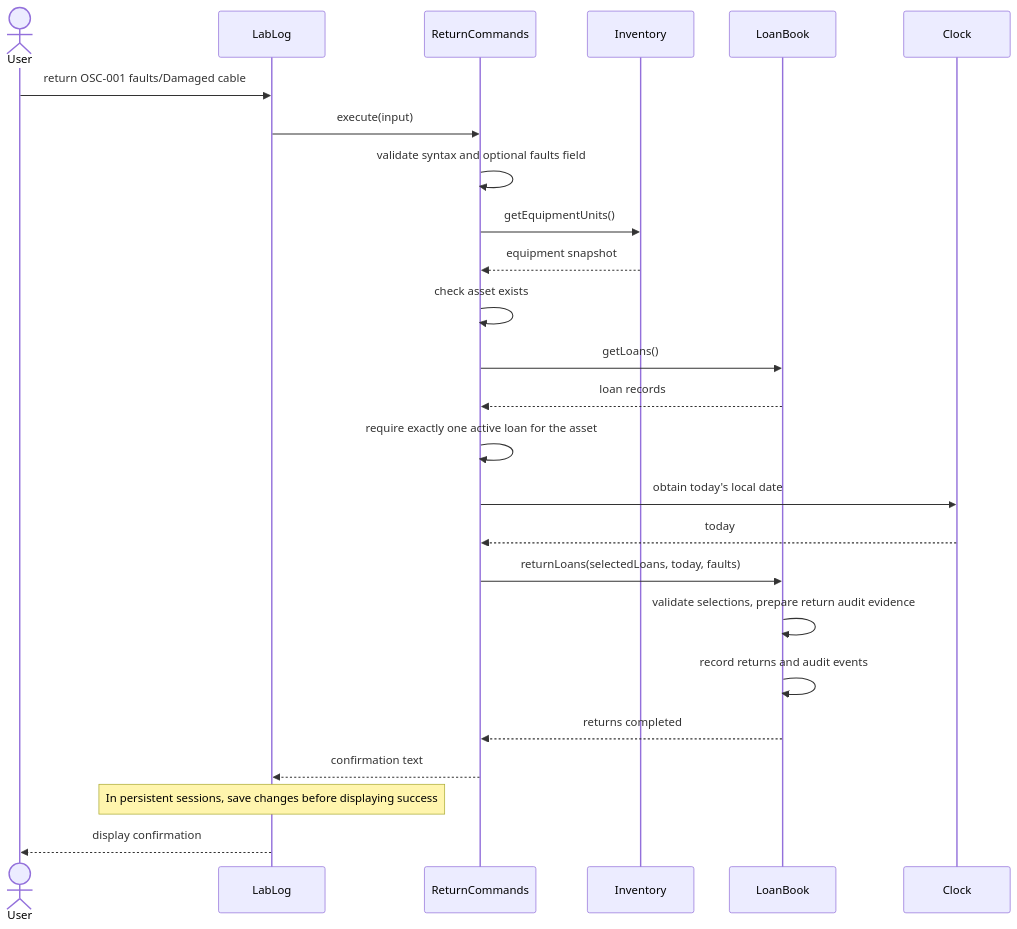
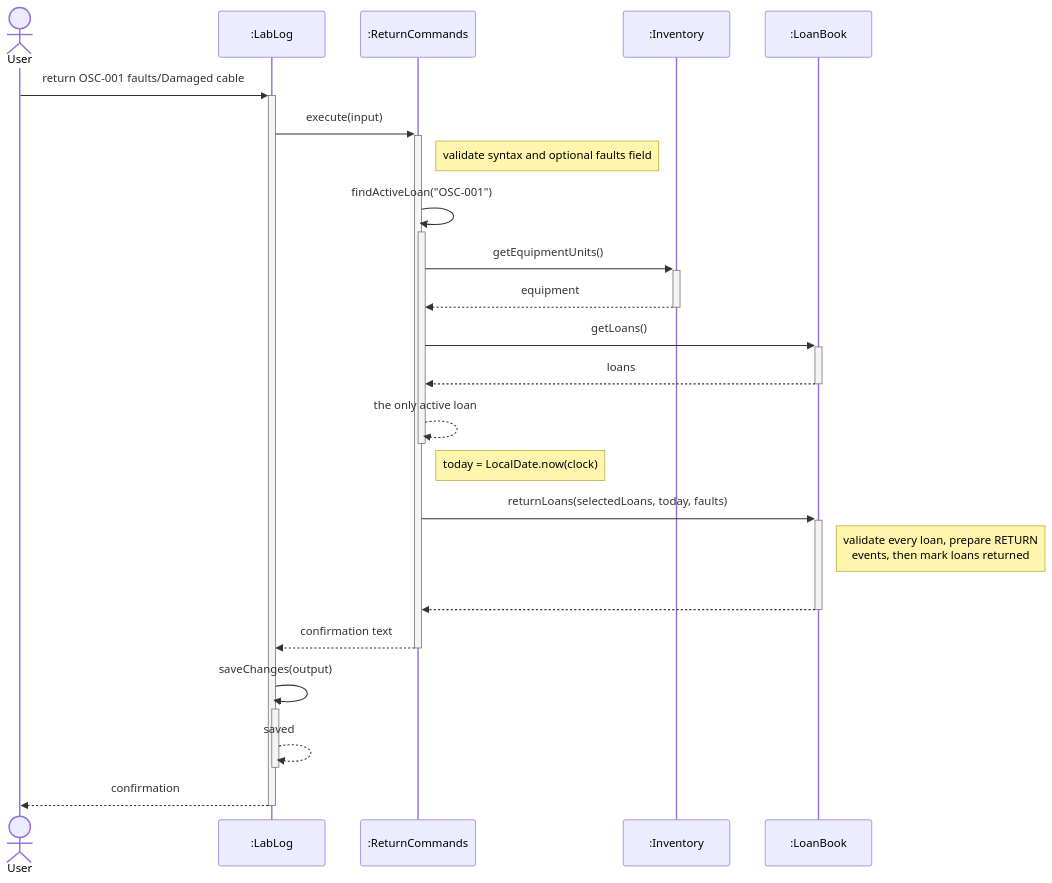
Diagram 11 of 12 in docs/DeveloperGuide.md (AY2627S1-CS2113-W13-3/tp), drawn with Mermaid before and after one commit. The commit also changed other lines of this file and 6 other files, not shown here.

First line of the commit message:
docs: Fix UML diagrams and add DG overview

````diff
--- a/docs/DeveloperGuide.md
+++ b/docs/DeveloperGuide.md
@@ -867,27 +1066,25 @@
 ```mermaid
 sequenceDiagram
     actor User
-    participant CLI as LabLog
-    participant Commands as ReturnCommands
-    participant Equipment as Inventory
-    participant Loans as LoanBook
-    participant Time as Clock
-    User->>CLI: return OSC-001 faults/Damaged cable
-    CLI->>Commands: execute(input)
-    Commands->>Commands: validate syntax and optional faults field
-    Commands->>Equipment: getEquipmentUnits()
-    Equipment-->>Commands: equipment snapshot
-    Commands->>Commands: check asset exists
-    Commands->>Loans: getLoans()
-    Loans-->>Commands: loan records
-    Commands->>Commands: require exactly one active loan for the asset
-    Commands->>Time: obtain today's local date
-    Time-->>Commands: today
-    Commands->>Loans: returnLoans(selectedLoans, today, faults)
-    Loans->>Loans: validate selections, prepare return audit evidence
-    Loans->>Loans: record returns and audit events
-    Loans-->>Commands: returns completed
-    Commands-->>CLI: confirmation text
-    Note over CLI: In persistent sessions, save changes before displaying success
-    CLI-->>User: display confirmation
+    participant CLI as :LabLog
+    participant Commands as :ReturnCommands
+    participant Equipment as :Inventory
+    participant Loans as :LoanBook
+    User->>+CLI: return OSC-001 faults/Damaged cable
+    CLI->>+Commands: execute(input)
+    Note right of Commands: validate syntax and optional faults field
+    Commands->>+Commands: findActiveLoan("OSC-001")
+    Commands->>+Equipment: getEquipmentUnits()
+    Equipment-->>-Commands: equipment
+    Commands->>+Loans: getLoans()
+    Loans-->>-Commands: loans
+    Commands-->>-Commands: the only active loan
+    Note right of Commands: today = LocalDate.now(clock)
+    Commands->>+Loans: returnLoans(selectedLoans, today, faults)
+    Note right of Loans: validate every loan, prepare RETURN<br/>events, then mark loans returned
+    Loans-->>-Commands: #nbsp;
+    Commands-->>-CLI: confirmation text
+    CLI->>+CLI: saveChanges(output)
+    CLI-->>-CLI: saved
+    CLI-->>-User: confirmation
 ```
````
